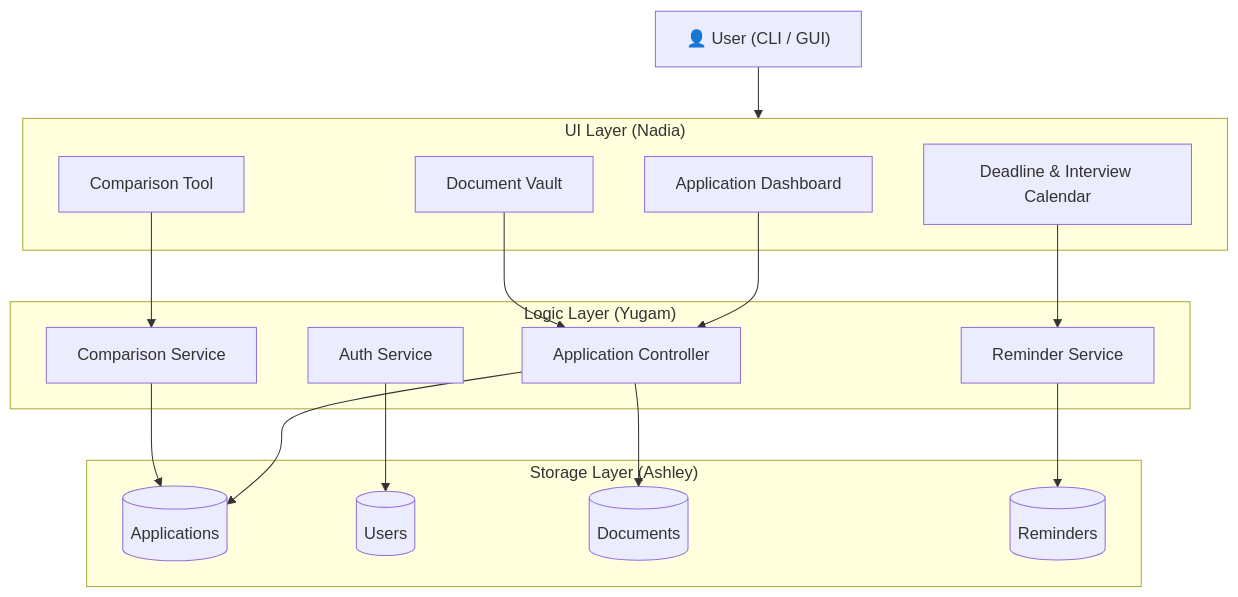
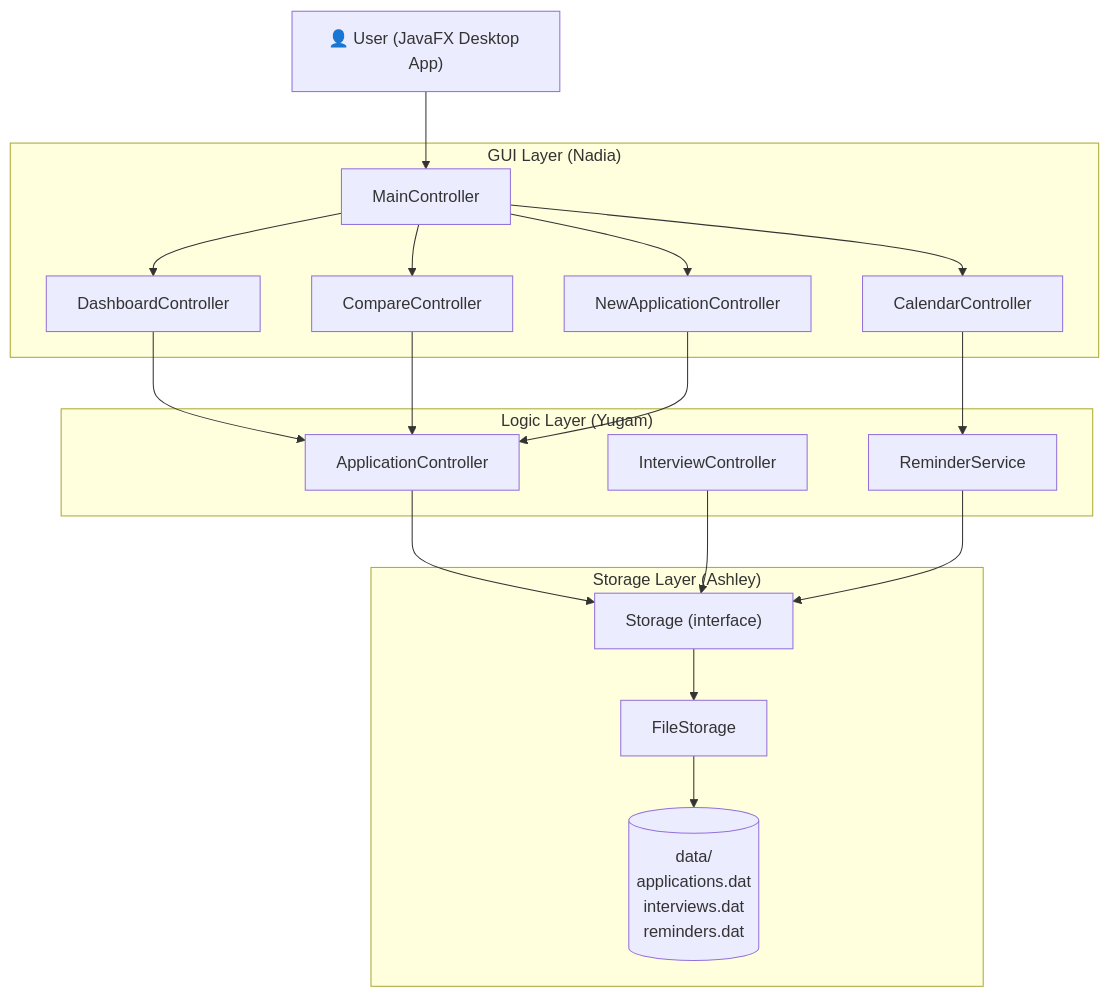
One commit to ashjwley03/JobApps-Tracker changed the first of 7 diagrams in docs/API_DOCUMENTATION.md. Above: the diagram before and after it, drawn with Mermaid. The commit also changed other lines of this file and 19 other files, not shown here.

````diff
--- a/docs/API_DOCUMENTATION.md
+++ b/docs/API_DOCUMENTATION.md
@@ -36,37 +36,41 @@
 ```mermaid
 graph TD
-    User["👤 User (CLI / GUI)"]
+    User["👤 User (JavaFX Desktop App)"]
 
-    subgraph Frontend ["UI Layer (Nadia)"]
-        Dashboard["Application Dashboard"]
-        Comparison["Comparison Tool"]
-        Calendar["Deadline & Interview Calendar"]
-        DocVault["Document Vault"]
+    subgraph GUI ["GUI Layer (Nadia)"]
+        Main["MainController"]
+        Dashboard["DashboardController"]
+        Calendar["CalendarController"]
+        Compare["CompareController"]
+        NewApp["NewApplicationController"]
     end
 
-    subgraph Backend ["Logic Layer (Yugam)"]
-        AppController["Application Controller"]
-        ReminderService["Reminder Service"]
-        CompareService["Comparison Service"]
-        AuthService["Auth Service"]
+    subgraph Logic ["Logic Layer (Yugam)"]
+        AppController["ApplicationController"]
+        InterviewController["InterviewController"]
+        ReminderService["ReminderService"]
     end
 
-    subgraph Database ["Storage Layer (Ashley)"]
-        AppTable[("Applications")]
-        UserTable[("Users")]
-        DocTable[("Documents")]
-        ReminderTable[("Reminders")]
+    subgraph Storage ["Storage Layer (Ashley)"]
+        Interface["Storage (interface)"]
+        FileStorage["FileStorage"]
+        DataFiles[("data/\napplications.dat\ninterviews.dat\nreminders.dat")]
     end
 
-    User --> Frontend
+    User --> Main
+    Main --> Dashboard
+    Main --> Calendar
+    Main --> Compare
+    Main --> NewApp
+
     Dashboard --> AppController
-    Comparison --> CompareService
+    Compare --> AppController
     Calendar --> ReminderService
-    DocVault --> AppController
+    NewApp --> AppController
 
-    AppController --> AppTable
-    AppController --> DocTable
-    ReminderService --> ReminderTable
-    AuthService --> UserTable
-    CompareService --> AppTable
+    AppController --> Interface
+    InterviewController --> Interface
+    ReminderService --> Interface
+    Interface --> FileStorage
+    FileStorage --> DataFiles
 ```
````
